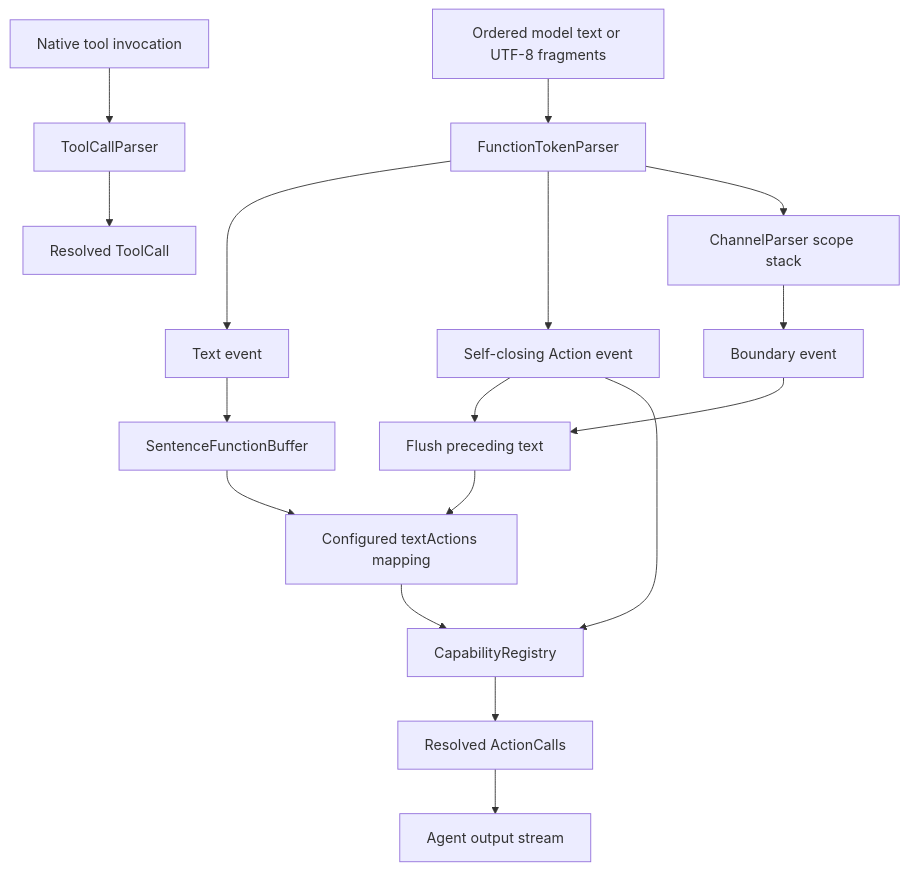
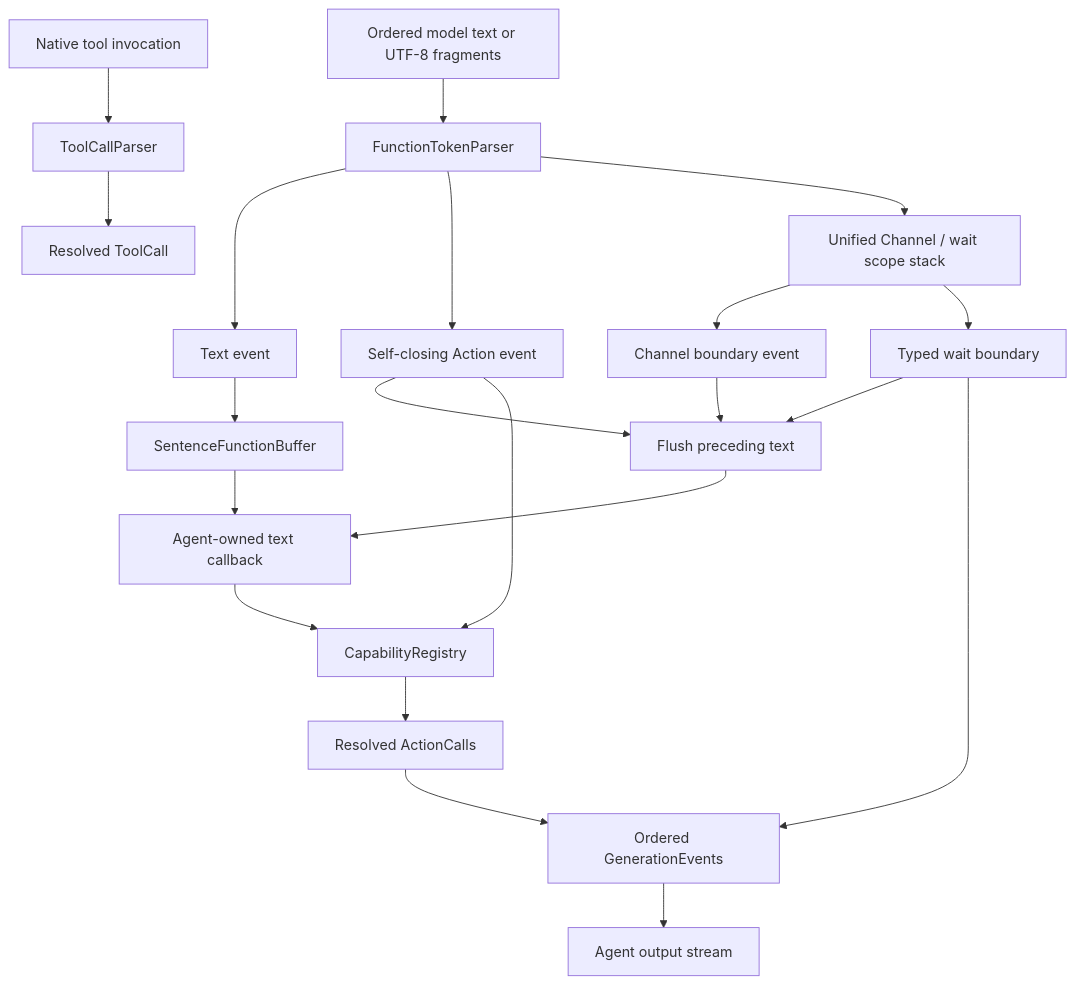
The first of 4 diagrams in MobileHarness/AgentCore/Generation/README.md (devilyouwei/MobileHarness), drawn with Mermaid before and after one commit. The commit also changed other lines of this file and 97 other files, not shown here.

````diff
--- a/MobileHarness/AgentCore/Generation/README.md
+++ b/MobileHarness/AgentCore/Generation/README.md
@@ -54,19 +54,23 @@
 ```mermaid
 flowchart TD
     Model[Ordered model text or UTF-8 fragments] --> Parser[FunctionTokenParser]
     Parser --> Text[Text event]
     Parser --> Action[Self-closing Action event]
-    Parser --> Channel[ChannelParser scope stack]
-    Channel --> Boundary[Boundary event]
+    Parser --> Channel[Unified Channel / wait scope stack]
+    Channel --> Boundary[Channel boundary event]
+    Channel --> Wait[Typed wait boundary]
+    Wait --> Flush
     Text --> Sentence[SentenceFunctionBuffer]
     Action --> Flush[Flush preceding text]
     Boundary --> Flush
-    Sentence --> Mapping[Configured textActions mapping]
+    Sentence --> Mapping[Agent-owned text callback]
     Flush --> Mapping
     Mapping --> Registry[CapabilityRegistry]
     Action --> Registry
     Registry --> Calls[Resolved ActionCalls]
-    Calls --> Agent[Agent output stream]
+    Calls --> Events[Ordered GenerationEvents]
+    Wait --> Events
+    Events --> Agent[Agent output stream]
     Native[Native tool invocation] --> Tools[ToolCallParser]
     Tools --> Tool[Resolved ToolCall]
 ```
````
